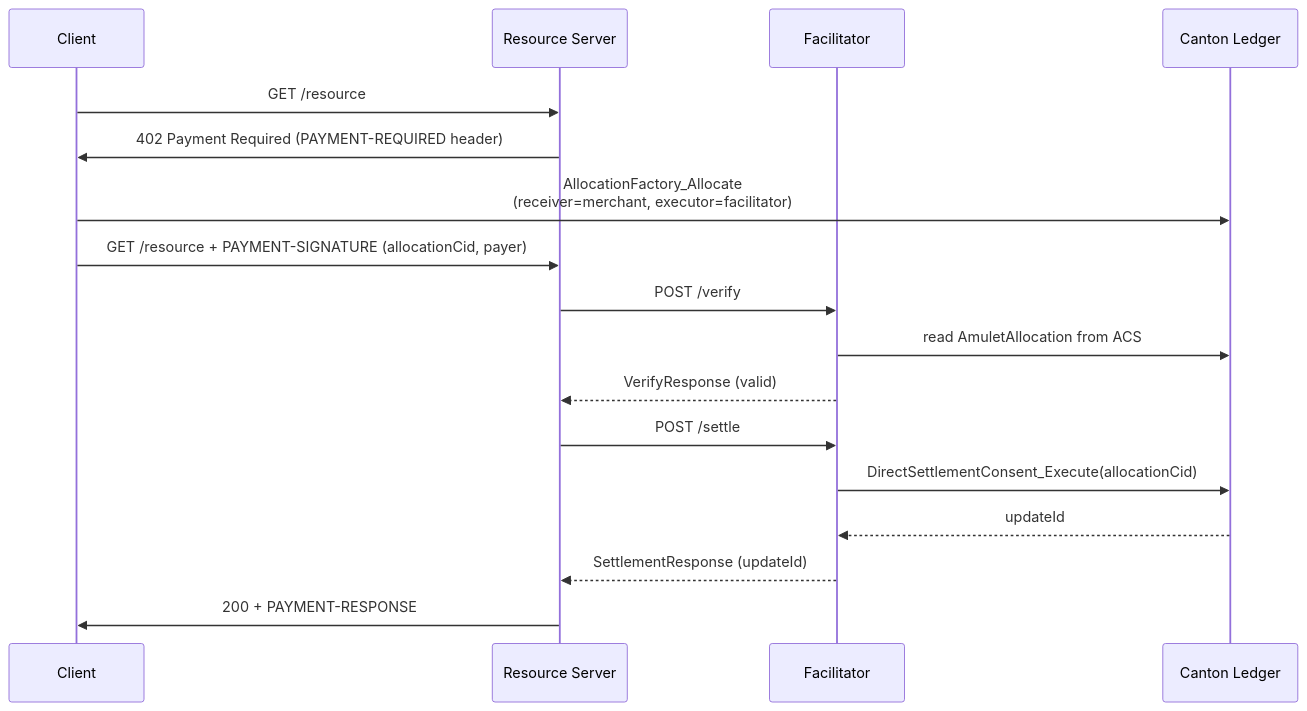
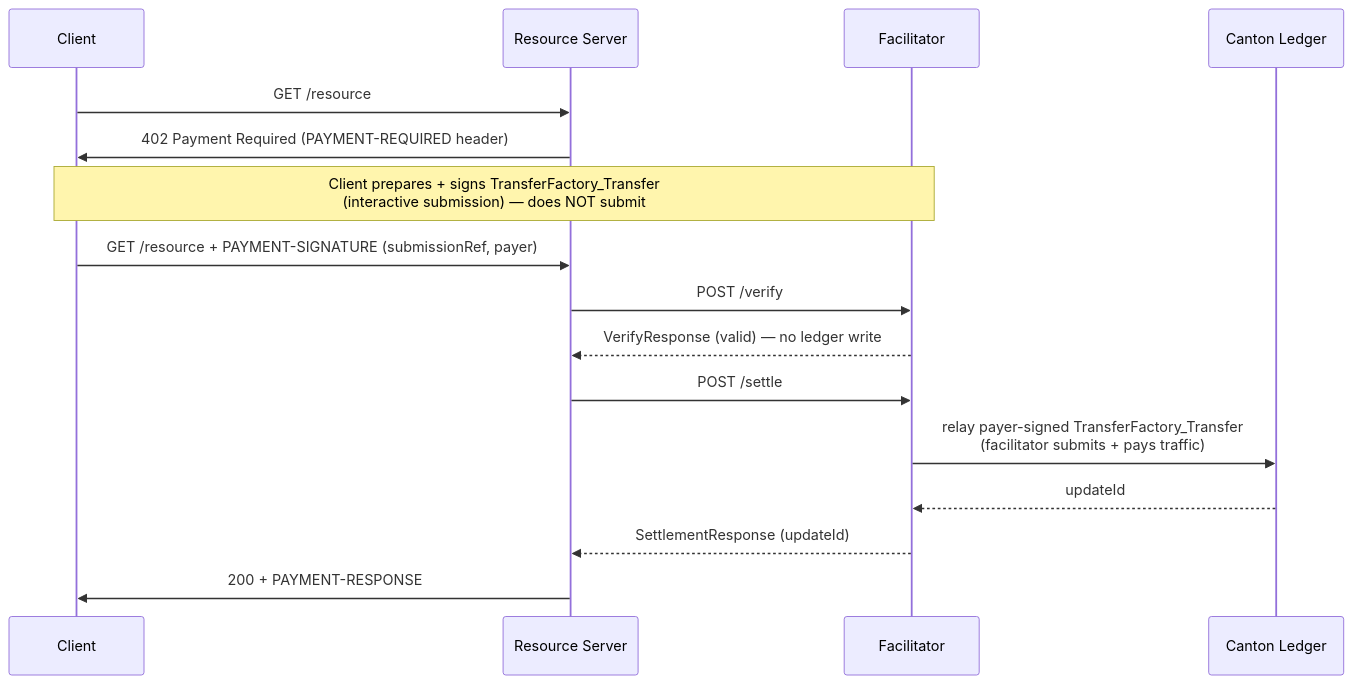
The diagram in specs/schemes/exact/scheme_exact_canton.md (Denend/x402), drawn with Mermaid before and after one commit. The commit also changed other lines of this file, not shown here.

First line of the commit message:
Revise exact payment scheme documentation

````diff
--- a/specs/schemes/exact/scheme_exact_canton.md
+++ b/specs/schemes/exact/scheme_exact_canton.md
@@ -33,20 +38,19 @@
 ```mermaid
 sequenceDiagram
     participant C as Client
     participant R as Resource Server
     participant F as Facilitator
     participant L as Canton Ledger
 
     C->>R: GET /resource
     R->>C: 402 Payment Required (PAYMENT-REQUIRED header)
-    C->>L: AllocationFactory_Allocate<br/>(receiver=merchant, executor=facilitator)
-    C->>R: GET /resource + PAYMENT-SIGNATURE (allocationCid, payer)
+    note over C,F: Client prepares + signs TransferFactory_Transfer<br/>(interactive submission) — does NOT submit
+    C->>R: GET /resource + PAYMENT-SIGNATURE (submissionRef, payer)
     R->>F: POST /verify
-    F->>L: read AmuletAllocation from ACS
-    F-->>R: VerifyResponse (valid)
+    F-->>R: VerifyResponse (valid) — no ledger write
     R->>F: POST /settle
-    F->>L: DirectSettlementConsent_Execute(allocationCid)
+    F->>L: relay payer-signed TransferFactory_Transfer<br/>(facilitator submits + pays traffic)
     L-->>F: updateId
     F-->>R: SettlementResponse (updateId)
     R->>C: 200 + PAYMENT-RESPONSE
 ```
````
